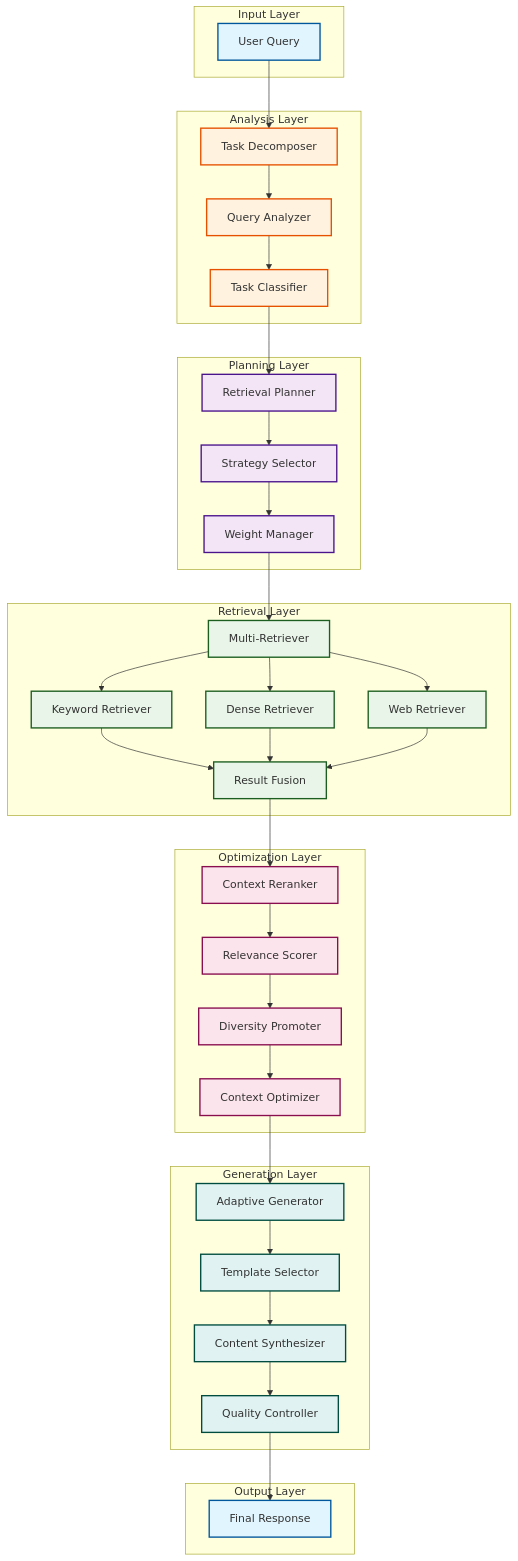
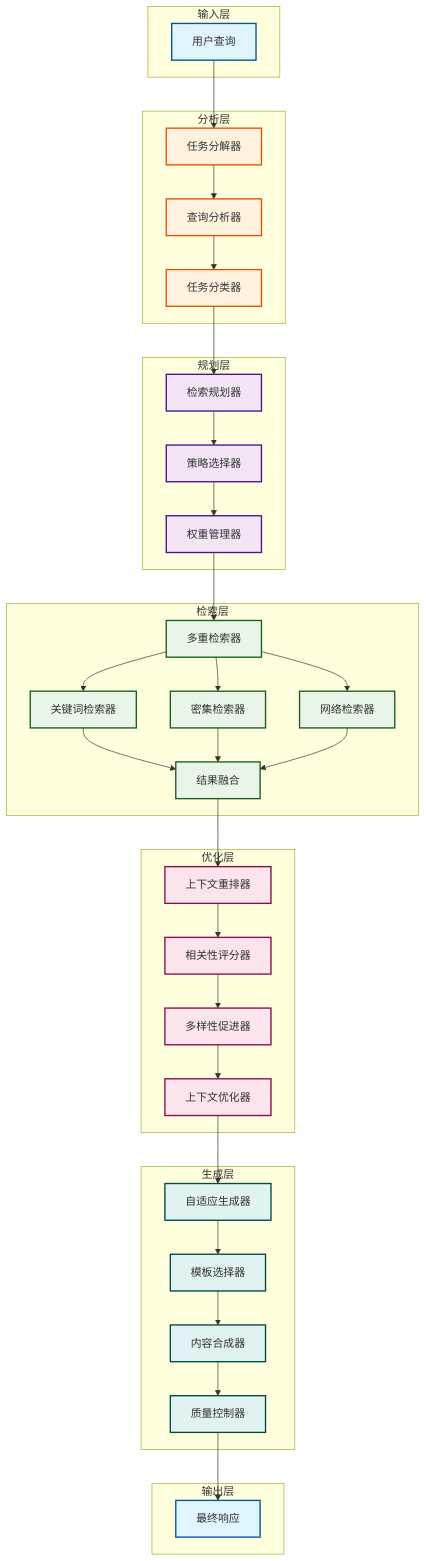
One commit to Rito-w/adaptiverag changed the second of 2 diagrams in docs/architecture.md. Above: the diagram before and after it, drawn with Mermaid. The commit also changed other lines of this file and 10 other files, not shown here.

````diff
--- a/docs/architecture.md
+++ b/docs/architecture.md
@@ -41,81 +41,81 @@
 ```mermaid
 graph TB
-    subgraph "Input Layer"
-        Q[User Query]
+    subgraph "输入层"
+        Q[用户查询]
     end
 
-    subgraph "Analysis Layer"
-        TD[Task Decomposer]
-        QA[Query Analyzer]
-        TC[Task Classifier]
+    subgraph "分析层"
+        TD[任务分解器]
+        QA[查询分析器]
+        TC[任务分类器]
     end
 
-    subgraph "Planning Layer"
-        RP[Retrieval Planner]
-        SS[Strategy Selector]
-        WM[Weight Manager]
+    subgraph "规划层"
+        RP[检索规划器]
+        SS[策略选择器]
+        WM[权重管理器]
     end
 
-    subgraph "Retrieval Layer"
-        MR[Multi-Retriever]
-        KR[Keyword Retriever]
-        DR[Dense Retriever]
-        WR[Web Retriever]
-        RF[Result Fusion]
+    subgraph "检索层"
+        MR[多重检索器]
+        KR[关键词检索器]
+        DR[密集检索器]
+        WR[网络检索器]
+        RF[结果融合]
     end
 
-    subgraph "Optimization Layer"
-        CR[Context Reranker]
-        RS[Relevance Scorer]
-        DP[Diversity Promoter]
-        CO[Context Optimizer]
+    subgraph "优化层"
+        CR[上下文重排器]
+        RS[相关性评分器]
+        DP[多样性促进器]
+        CO[上下文优化器]
     end
 
-    subgraph "Generation Layer"
-        AG[Adaptive Generator]
-        TS[Template Selector]
-        CS[Content Synthesizer]
-        QC[Quality Controller]
+    subgraph "生成层"
+        AG[自适应生成器]
+        TS[模板选择器]
+        CS[内容合成器]
+        QC[质量控制器]
     end
 
-    subgraph "Output Layer"
-        R[Final Response]
+    subgraph "输出层"
+        R[最终响应]
     end
 
     Q --> TD
     TD --> QA
     QA --> TC
     TC --> RP
     RP --> SS
     SS --> WM
     WM --> MR
     MR --> KR
     MR --> DR
     MR --> WR
     KR --> RF
     DR --> RF
     WR --> RF
     RF --> CR
     CR --> RS
     RS --> DP
     DP --> CO
     CO --> AG
     AG --> TS
     TS --> CS
     CS --> QC
     QC --> R
 
     classDef inputOutput fill:#e1f5fe,stroke:#01579b,stroke-width:2px
     classDef analysis fill:#fff3e0,stroke:#e65100,stroke-width:2px
     classDef planning fill:#f3e5f5,stroke:#4a148c,stroke-width:2px
     classDef retrieval fill:#e8f5e8,stroke:#1b5e20,stroke-width:2px
     classDef optimization fill:#fce4ec,stroke:#880e4f,stroke-width:2px
     classDef generation fill:#e0f2f1,stroke:#004d40,stroke-width:2px
 
     class Q,R inputOutput
     class TD,QA,TC analysis
     class RP,SS,WM planning
     class MR,KR,DR,WR,RF retrieval
     class CR,RS,DP,CO optimization
     class AG,TS,CS,QC generation
 ```
````
